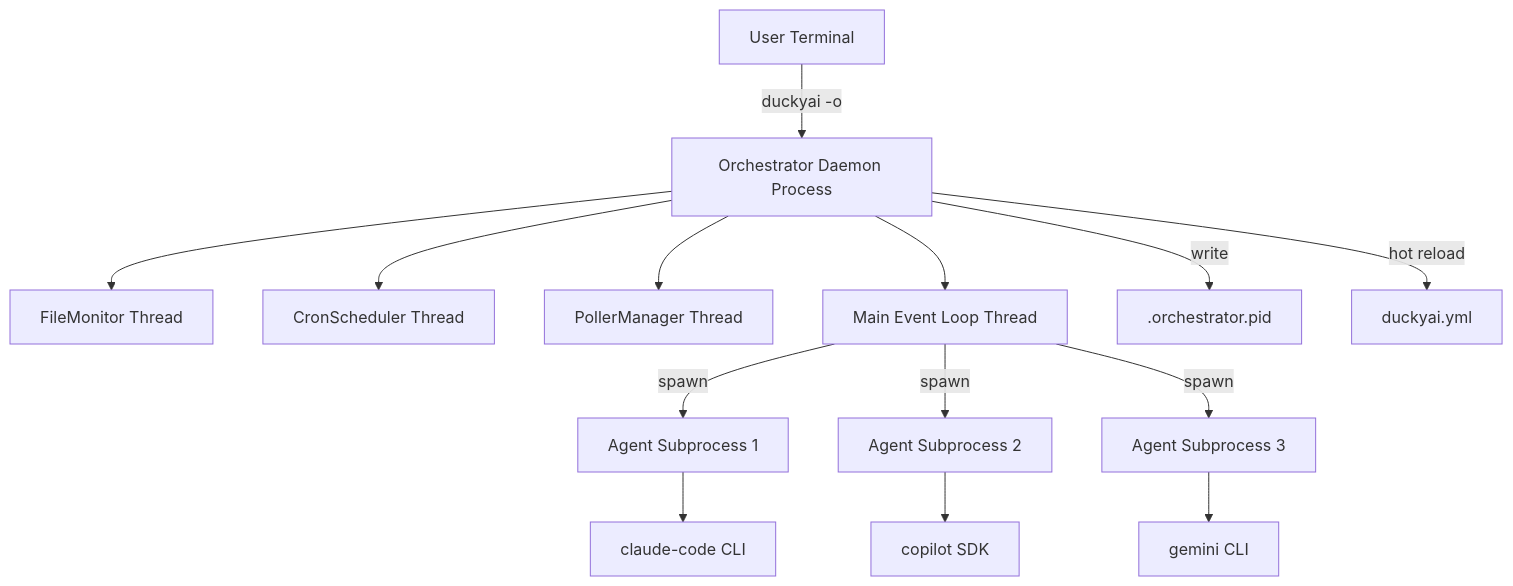
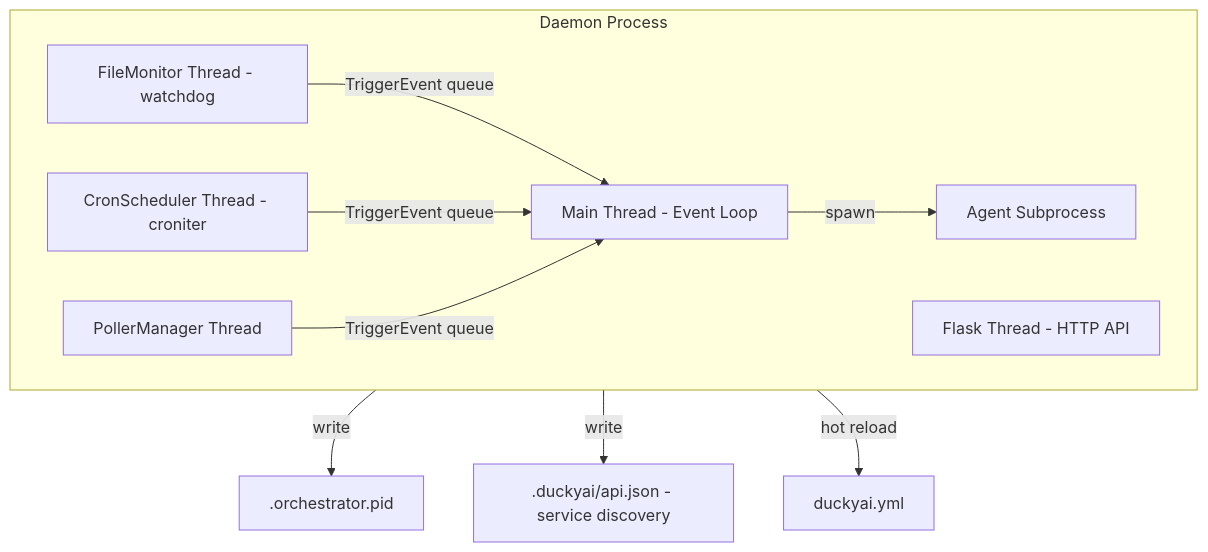
One commit to kipackjeongMS/DuckyAI changed diagram 14 of 16 in docs/DuckyAI-System-Design.md. Above: the diagram before and after it, drawn with Mermaid. The commit also changed other lines of this file, not shown here.

First line of the commit message:
docs: update architecture doc with runtime process model and IPC details

````diff
--- a/docs/DuckyAI-System-Design.md
+++ b/docs/DuckyAI-System-Design.md
@@ -582,20 +674,19 @@
 ```mermaid
 graph TB
-    USER[User Terminal] -->|duckyai -o| DAEMON[Orchestrator Daemon Process]
+    subgraph DAEMON["Daemon Process"]
+        MAIN[Main Thread - Event Loop]
+        FM[FileMonitor Thread - watchdog]
+        CRON[CronScheduler Thread - croniter]
+        POLL[PollerManager Thread]
+        FLASK[Flask Thread - HTTP API]
 
-    DAEMON --> FM_THREAD[FileMonitor Thread]
-    DAEMON --> CRON_THREAD[CronScheduler Thread]
-    DAEMON --> POLL_THREAD[PollerManager Thread]
-    DAEMON --> EVENT_LOOP[Main Event Loop Thread]
-
-    EVENT_LOOP -->|spawn| AGENT1[Agent Subprocess 1]
-    EVENT_LOOP -->|spawn| AGENT2[Agent Subprocess 2]
-    EVENT_LOOP -->|spawn| AGENT3[Agent Subprocess 3]
-
-    AGENT1 --> AI1[claude-code CLI]
-    AGENT2 --> AI2[copilot SDK]
-    AGENT3 --> AI3[gemini CLI]
+        FM -->|TriggerEvent queue| MAIN
+        CRON -->|TriggerEvent queue| MAIN
+        POLL -->|TriggerEvent queue| MAIN
+        MAIN -->|spawn| SUB[Agent Subprocess]
+    end
 
     DAEMON -->|write| PID[.orchestrator.pid]
+    DAEMON -->|write| DISC[.duckyai/api.json - service discovery]
     DAEMON -->|hot reload| CONFIG[duckyai.yml]
 ```
````
